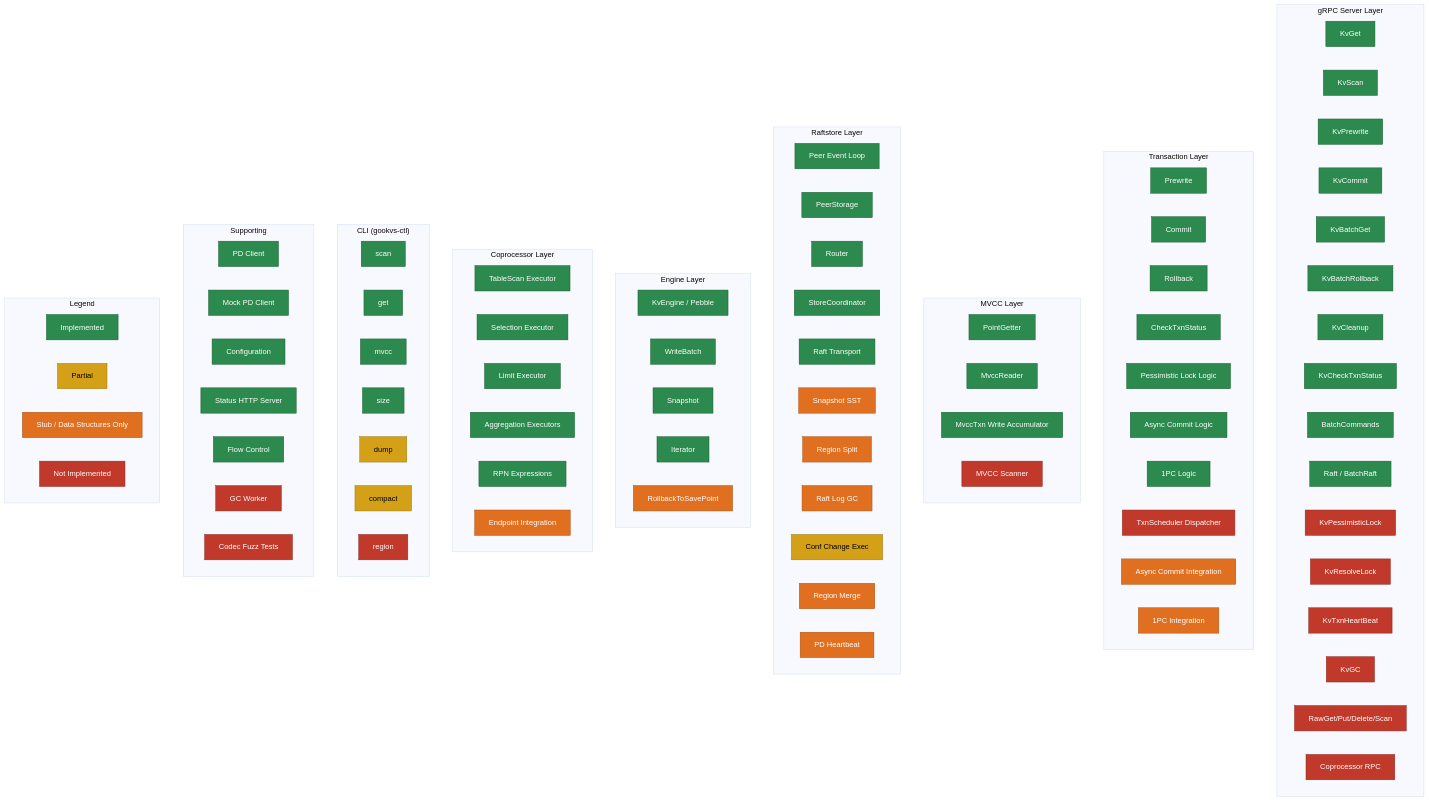
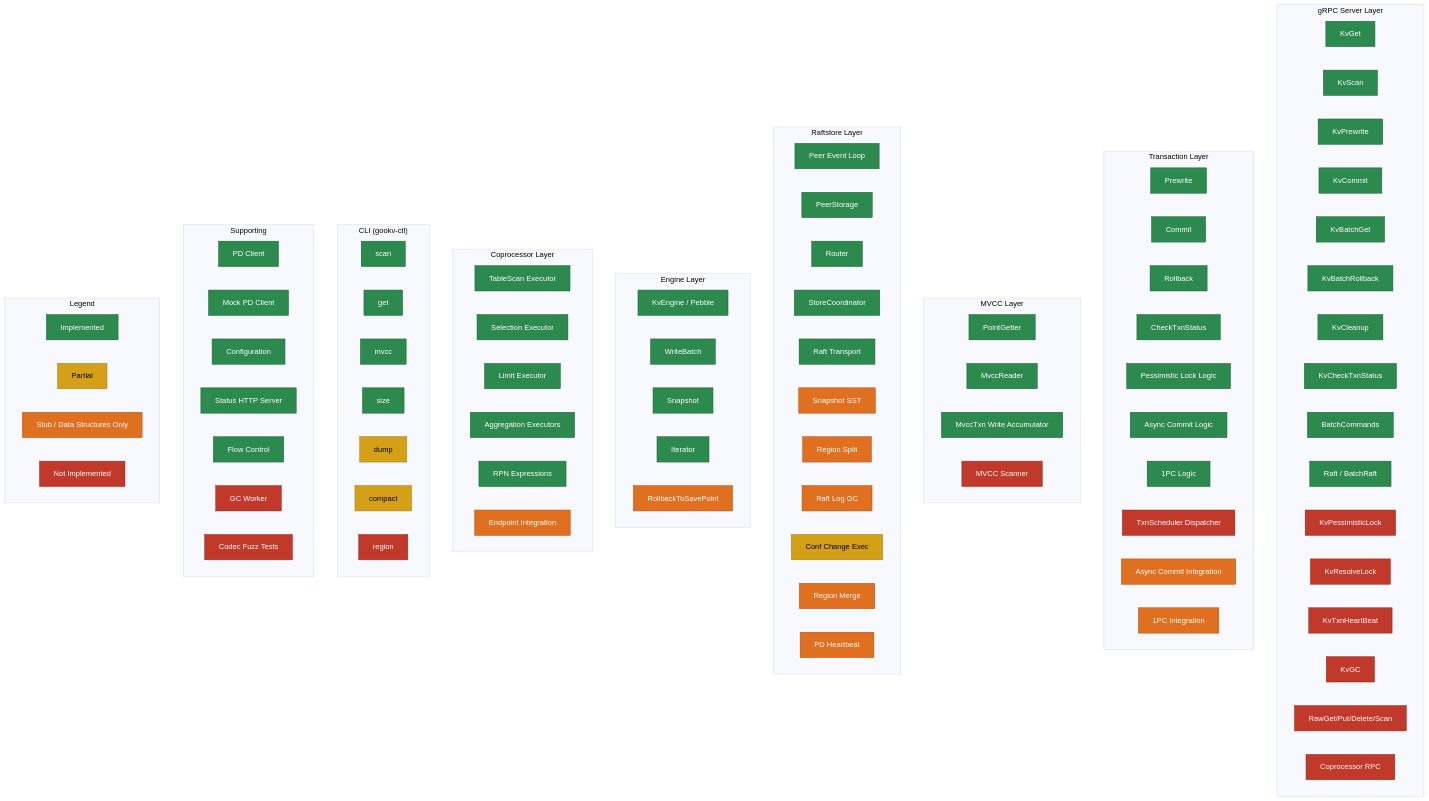
Before and after one commit to ryogrid/gookv: the diagram in impl_doc_0318/08_not_yet_implemented.md, drawn with Mermaid (base theme). The commit also changed other lines of this file and 126 other files, not shown here.

Commit message:
rename gookvs to gookv

```diff
--- a/impl_doc_0318/08_not_yet_implemented.md
+++ b/impl_doc_0318/08_not_yet_implemented.md
@@ -293,7 +293,7 @@
         Endpoint[Endpoint Integration]:::stub
     end
 
-    subgraph "CLI (gookvs-ctl)"
+    subgraph "CLI (gookv-ctl)"
         ScanCmd[scan]:::done
         GetCmd[get]:::done
         MvccCmd[mvcc]:::done
```
